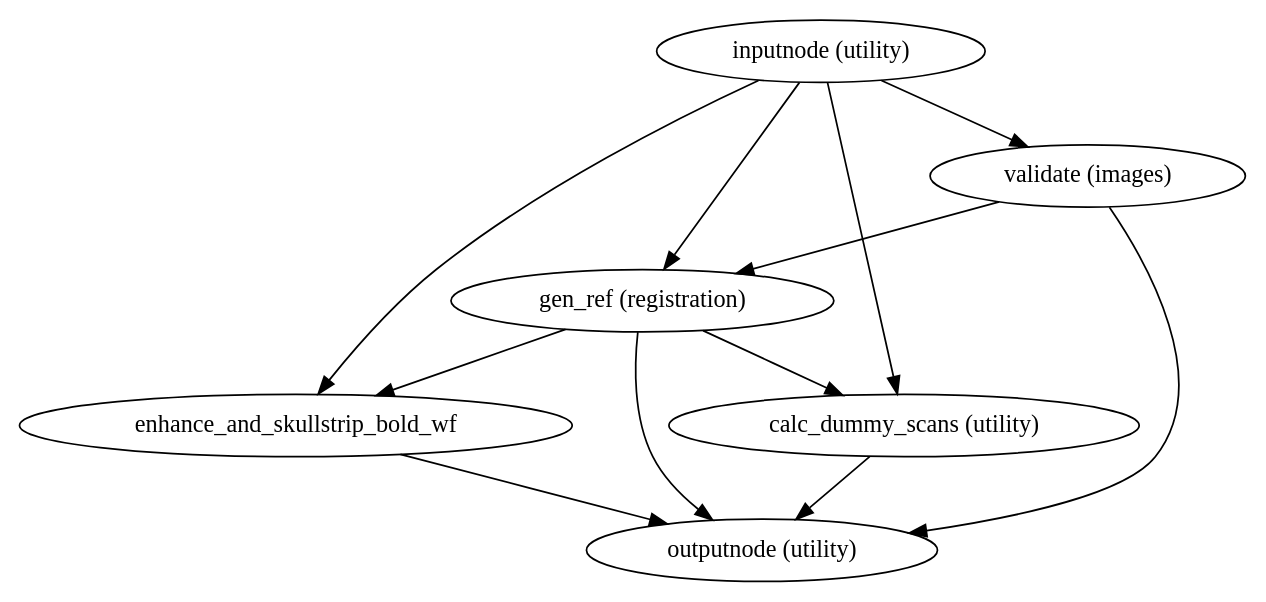
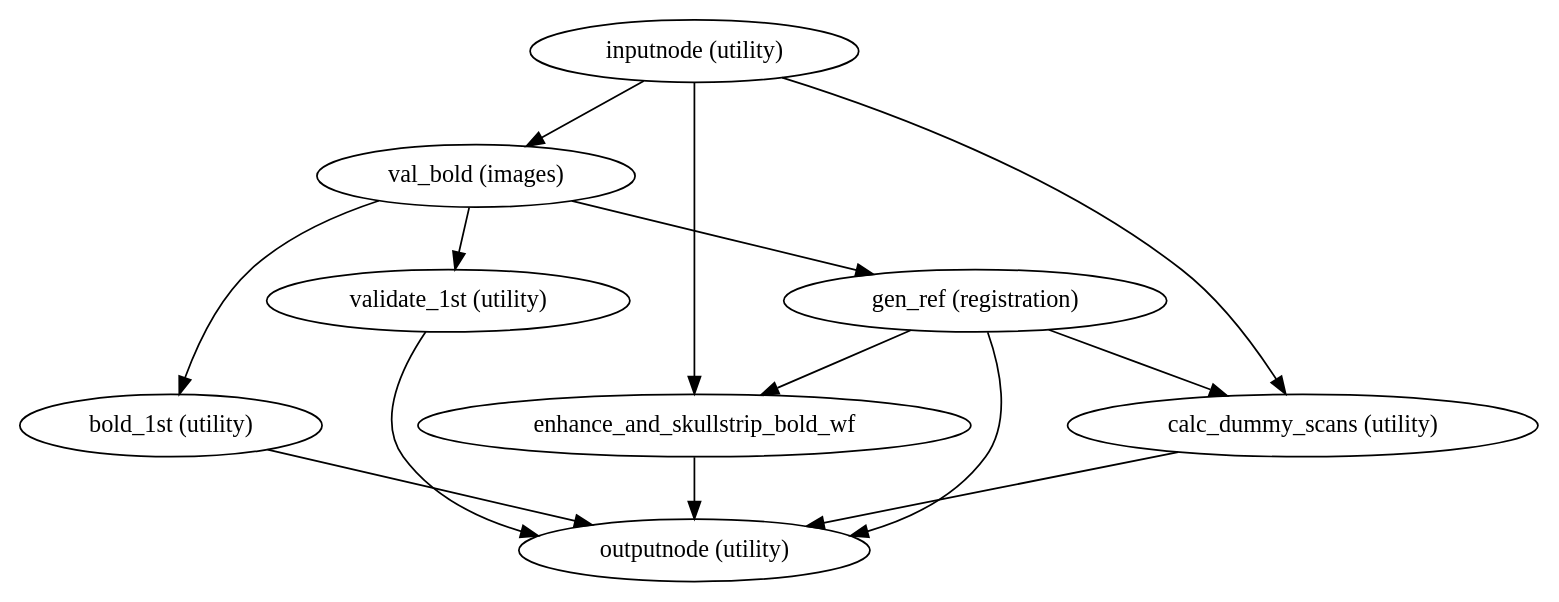
One commit to notZaki/niworkflows changed the diagram in 1.1.0/wf_directive/api/bold_reference_wf/niworkflows-func-util-1.dot. Above: the diagram before and after it, drawn with Graphviz. The commit also changed 6341 other files, not shown here.

```diff
--- a/1.1.0/wf_directive/api/bold_reference_wf/niworkflows-func-util-1.dot
+++ b/1.1.0/wf_directive/api/bold_reference_wf/niworkflows-func-util-1.dot
@@ -1,19 +1,23 @@
 strict digraph  {
 "inputnode (utility)";
+"val_bold (images)";
 enhance_and_skullstrip_bold_wf;
-"validate (images)";
+"calc_dummy_scans (utility)";
 "gen_ref (registration)";
-"calc_dummy_scans (utility)";
+"bold_1st (utility)";
+"validate_1st (utility)";
 "outputnode (utility)";
+"inputnode (utility)" -> "val_bold (images)";
 "inputnode (utility)" -> enhance_and_skullstrip_bold_wf;
-"inputnode (utility)" -> "validate (images)";
-"inputnode (utility)" -> "gen_ref (registration)";
 "inputnode (utility)" -> "calc_dummy_scans (utility)";
+"val_bold (images)" -> "gen_ref (registration)";
+"val_bold (images)" -> "bold_1st (utility)";
+"val_bold (images)" -> "validate_1st (utility)";
 enhance_and_skullstrip_bold_wf -> "outputnode (utility)";
-"validate (images)" -> "gen_ref (registration)";
-"validate (images)" -> "outputnode (utility)";
+"calc_dummy_scans (utility)" -> "outputnode (utility)";
 "gen_ref (registration)" -> enhance_and_skullstrip_bold_wf;
 "gen_ref (registration)" -> "calc_dummy_scans (utility)";
 "gen_ref (registration)" -> "outputnode (utility)";
-"calc_dummy_scans (utility)" -> "outputnode (utility)";
+"bold_1st (utility)" -> "outputnode (utility)";
+"validate_1st (utility)" -> "outputnode (utility)";
 }
```
